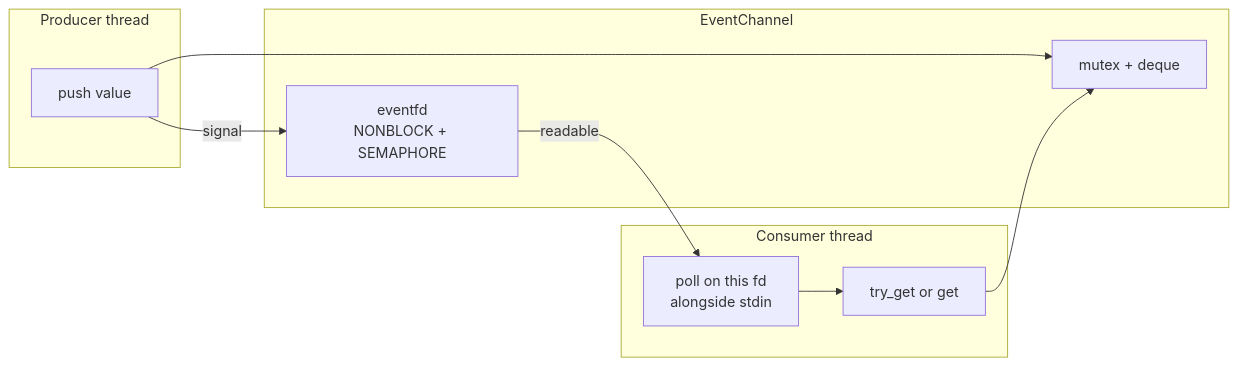
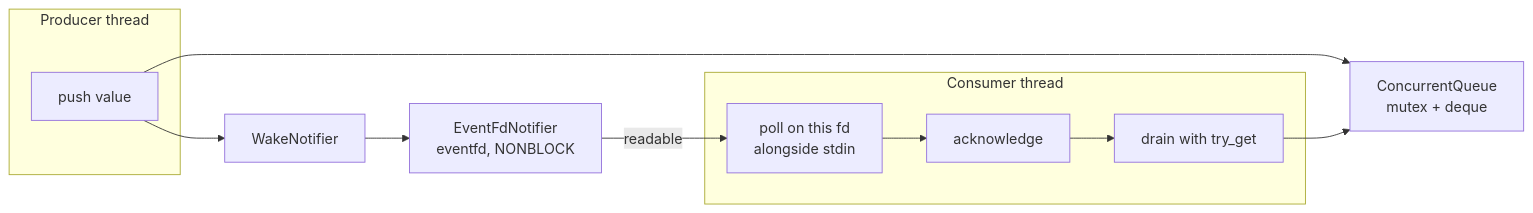
One commit to michaelpopov/cha changed the diagram in src/util/README.md. Above: the diagram before and after it, drawn with Mermaid. The commit also changed other lines of this file and 39 other files, not shown here.

````diff
--- a/src/util/README.md
+++ b/src/util/README.md
@@ -47,20 +50,22 @@
 ```mermaid
 flowchart LR
     subgraph producer["Producer thread"]
         push["push value"]
     end
-    subgraph chan["EventChannel"]
-        q["mutex + deque"]
-        fd["eventfd<br/>NONBLOCK + SEMAPHORE"]
-    end
+    q["ConcurrentQueue<br/>mutex + deque"]
+    notifier["WakeNotifier"]
+    fd["EventFdNotifier<br/>eventfd, NONBLOCK"]
     subgraph consumer["Consumer thread"]
         poll["poll on this fd<br/>alongside stdin"]
-        take["try_get or get"]
+        ack["acknowledge"]
+        take["drain with try_get"]
     end
 
     push --> q
-    push -->|"signal"| fd
+    push --> notifier
+    notifier --> fd
     fd -->|"readable"| poll
-    poll --> take
+    poll --> ack
+    ack --> take
     take --> q
 ```
````
